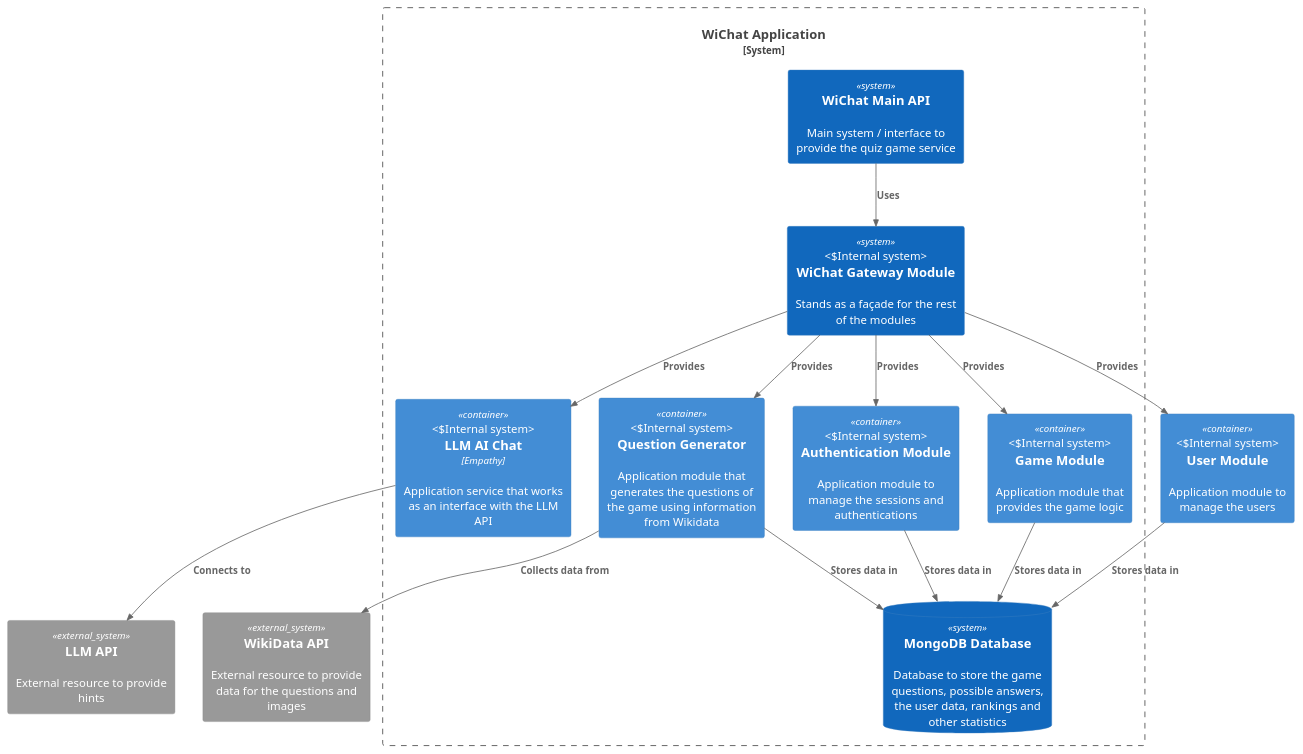
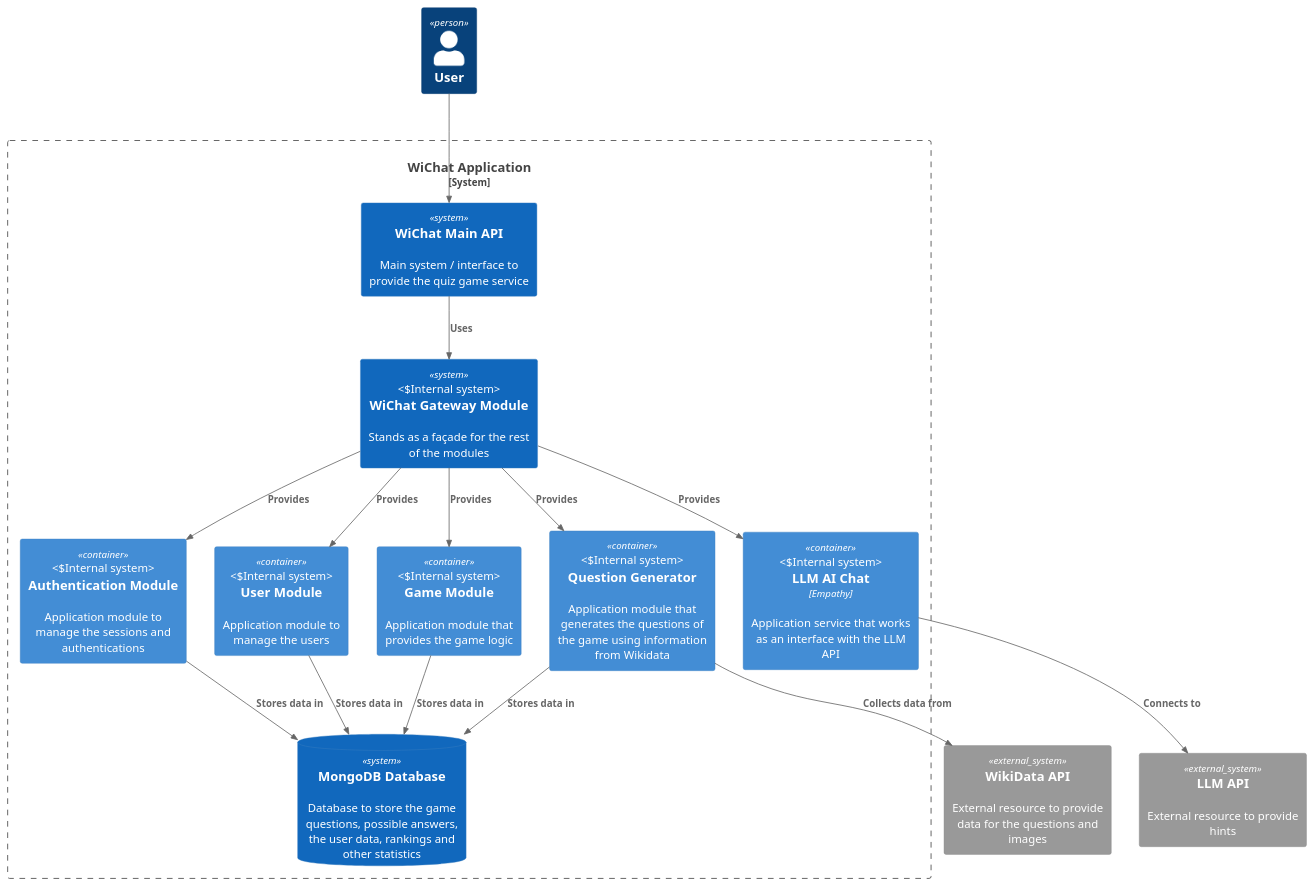
One commit to Arquisoft/wichat_en1a changed the diagram in docs/src/diagrams/S3_C4_Business_Context_Diagram.puml. Above: the diagram before and after it, drawn with PlantUML. The commit also changed 1 other file, not shown here.

Commit message:
fix diagram and add llm to technical context

```diff
--- a/docs/src/diagrams/S3_C4_Business_Context_Diagram.puml
+++ b/docs/src/diagrams/S3_C4_Business_Context_Diagram.puml
@@ -1,34 +1,34 @@
 @startuml C4_Business_Context_Diagram
 !include <C4/C4_Container>
 
 top to bottom direction
 
 Person(user, "User")
 System_Boundary(quizGame, "WiChat Application") {
     System(wichat, "WiChat Main API", "Main system / interface to provide the quiz game service")
     System(gateway, "WiChat Gateway Module", "Stands as a façade for the rest of the modules", "Internal system")
     Container(llmChat, "LLM AI Chat", "Empathy", "Application service that works as an interface with the LLM API", "Internal system")
     Container(auth, "Authentication Module", "", "Application module to manage the sessions and authentications", "Internal system")
-    Container(user, "User Module", "", "Application module to manage the users", "Internal system")
+    Container(userservice, "User Module", "", "Application module to manage the users", "Internal system")
     Container(gameService, "Game Module", "", "Application module that provides the game logic", "Internal system")
     Container(questionGen, "Question Generator", "", "Application module that generates the questions of the game using information from Wikidata", "Internal system")
     SystemDb(mongodb, "MongoDB Database", "Database to store the game questions, possible answers, the user data, rankings and other statistics")    
 }
 System_Ext(wikidata, "WikiData API", "External resource to provide data for the questions and images")
 System_Ext(llm, "LLM API", "External resource to provide hints")
 
-
+Rel(user, wichat, "")
 Rel(wichat, gateway, "Uses")
 Rel(gateway, llmChat, "Provides")
 Rel(gateway, auth, "Provides")
-Rel(gateway, user, "Provides")
+Rel(gateway, userservice, "Provides")
 Rel(gateway, questionGen, "Provides")
 Rel(gateway, gameService, "Provides")
 Rel(llmChat, llm, "Connects to")
-Rel(user, mongodb, "Stores data in")
+Rel(userservice, mongodb, "Stores data in")
 Rel(auth, mongodb, "Stores data in")
 Rel(questionGen, mongodb, "Stores data in")
 Rel(gameService, mongodb, "Stores data in")
 Rel(questionGen, wikidata, "Collects data from")
 
 @enduml
```
